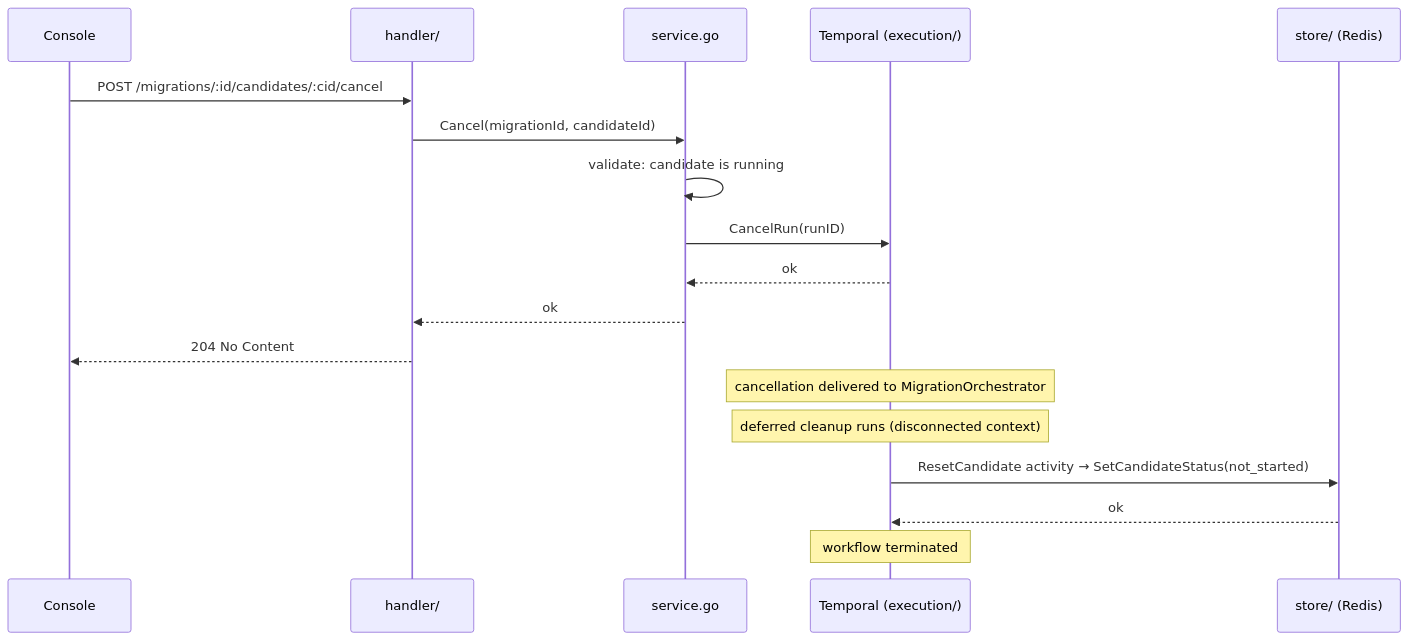
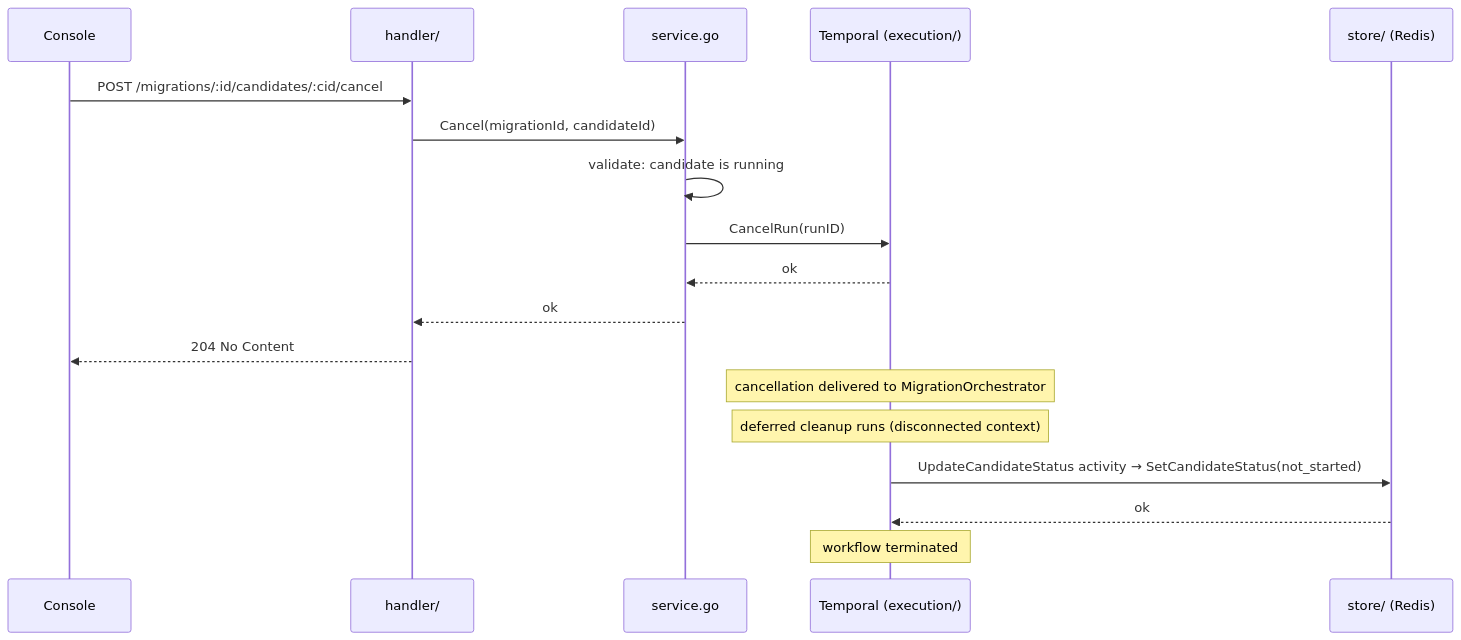
One commit to tilsley/loom changed the fourth of 5 diagrams in docs/flows.md. Above: the diagram before and after it, drawn with Mermaid. The commit also changed other lines of this file, not shown here.

Commit message:
docs(flows): update flows.md to reflect recent refactors
- Run lifecycle: note that StepCompletedEvent.phase is now a first-class
  typed field; metadata carries only data (e.g. prUrl), not protocol
  instructions — previously phase was smuggled through metadata["phase"]
- Cancel: rename ResetCandidate → UpdateCandidateStatus in the cleanup
  step, matching the activity consolidation in the previous commit

````diff
--- a/docs/flows.md
+++ b/docs/flows.md
@@ -129,23 +131,23 @@
 ```mermaid
 sequenceDiagram
     participant Con as Console
     participant H as handler/
     participant S as service.go
     participant E as Temporal (execution/)
     participant St as store/ (Redis)
 
     Con->>H: POST /migrations/:id/candidates/:cid/cancel
     H->>S: Cancel(migrationId, candidateId)
     S->>S: validate: candidate is running
     S->>E: CancelRun(runID)
     E-->>S: ok
     S-->>H: ok
     H-->>Con: 204 No Content
 
     Note over E: cancellation delivered to MigrationOrchestrator
     Note over E: deferred cleanup runs (disconnected context)
 
-    E->>St: ResetCandidate activity → SetCandidateStatus(not_started)
+    E->>St: UpdateCandidateStatus activity → SetCandidateStatus(not_started)
     St-->>E: ok
     Note over E: workflow terminated
 ```
````
